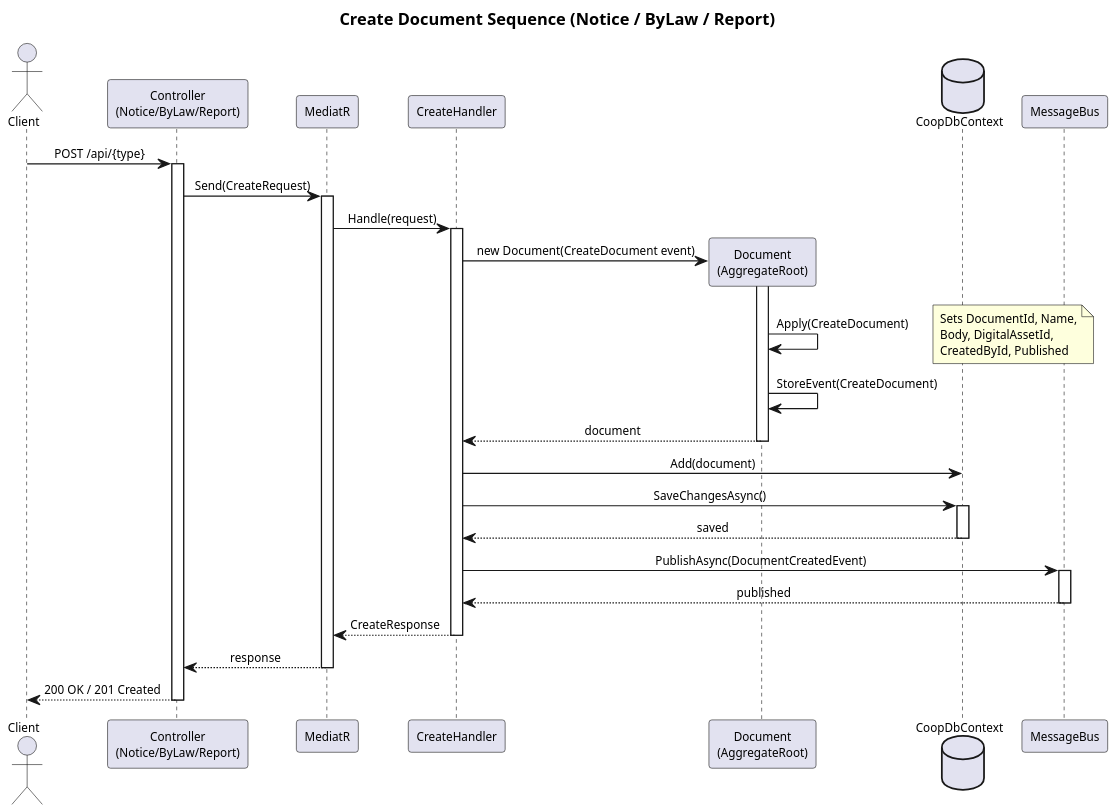
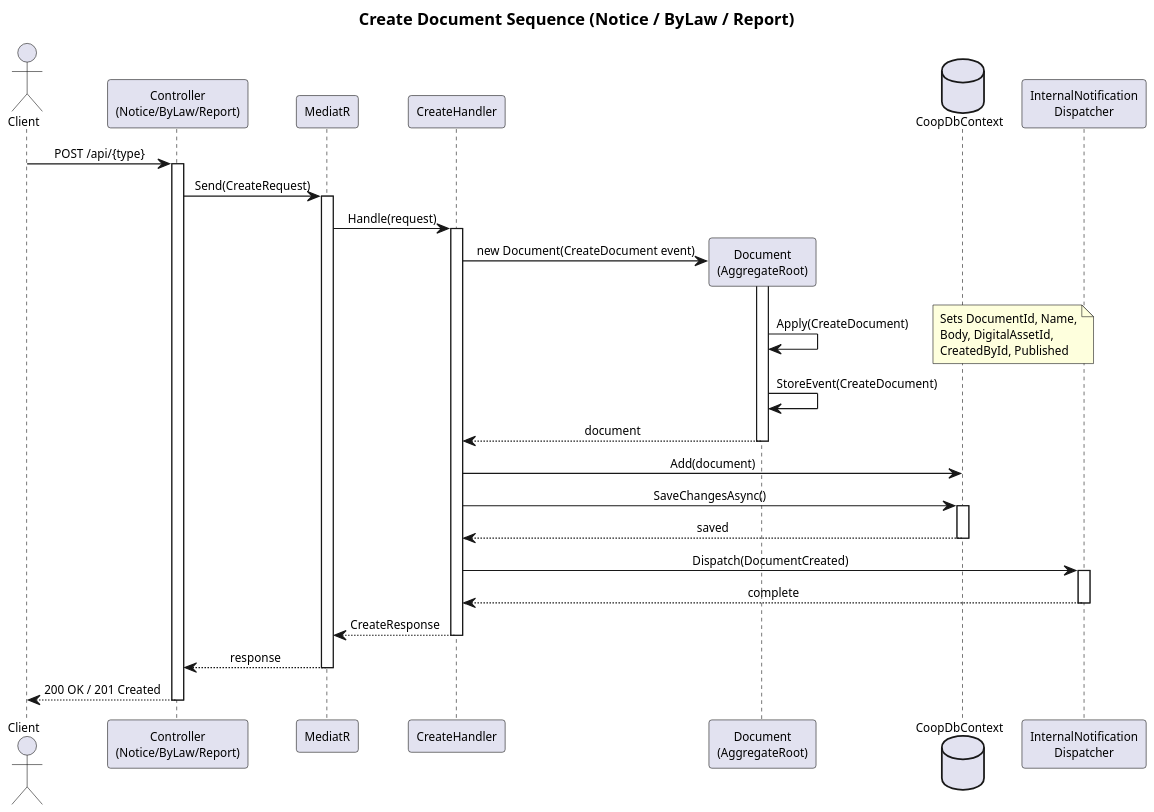
Before and after one commit to QuinntyneBrown/Coop: the diagram in docs/detailed-designs/06-document-management/sequence-create-document.puml, drawn with PlantUML. The commit also changed 7 other files, not shown here.

Commit message:
Update PlantUML diagrams for profile and document management

```diff
--- a/docs/detailed-designs/06-document-management/sequence-create-document.puml
+++ b/docs/detailed-designs/06-document-management/sequence-create-document.puml
@@ -1,59 +1,59 @@
 @startuml
 skinparam dpi 150
 skinparam pageMargin 10
 skinparam shadowing false
 skinparam defaultFontSize 10
 skinparam sequenceMessageAlign center
 
 title Create Document Sequence (Notice / ByLaw / Report)
 
 actor Client
 participant "Controller\n(Notice/ByLaw/Report)" as Ctrl
 participant "MediatR" as Med
 participant "CreateHandler" as Handler
 participant "Document\n(AggregateRoot)" as Doc
 database "CoopDbContext" as DB
-participant "MessageBus" as Bus
+participant "InternalNotification\nDispatcher" as Dispatcher
 
 Client -> Ctrl : POST /api/{type}
 activate Ctrl
 
 Ctrl -> Med : Send(CreateRequest)
 activate Med
 
 Med -> Handler : Handle(request)
 activate Handler
 
 Handler -> Doc ** : new Document(CreateDocument event)
 activate Doc
 Doc -> Doc : Apply(CreateDocument)
 note right
   Sets DocumentId, Name,
   Body, DigitalAssetId,
   CreatedById, Published
 end note
 Doc -> Doc : StoreEvent(CreateDocument)
 Doc --> Handler : document
 deactivate Doc
 
 Handler -> DB : Add(document)
 Handler -> DB : SaveChangesAsync()
 activate DB
 DB --> Handler : saved
 deactivate DB
 
-Handler -> Bus : PublishAsync(DocumentCreatedEvent)
-activate Bus
-Bus --> Handler : published
-deactivate Bus
+Handler -> Dispatcher : Dispatch(DocumentCreated)
+activate Dispatcher
+Dispatcher --> Handler : complete
+deactivate Dispatcher
 
 Handler --> Med : CreateResponse
 deactivate Handler
 
 Med --> Ctrl : response
 deactivate Med
 
 Ctrl --> Client : 200 OK / 201 Created
 deactivate Ctrl
 
 @enduml
```
